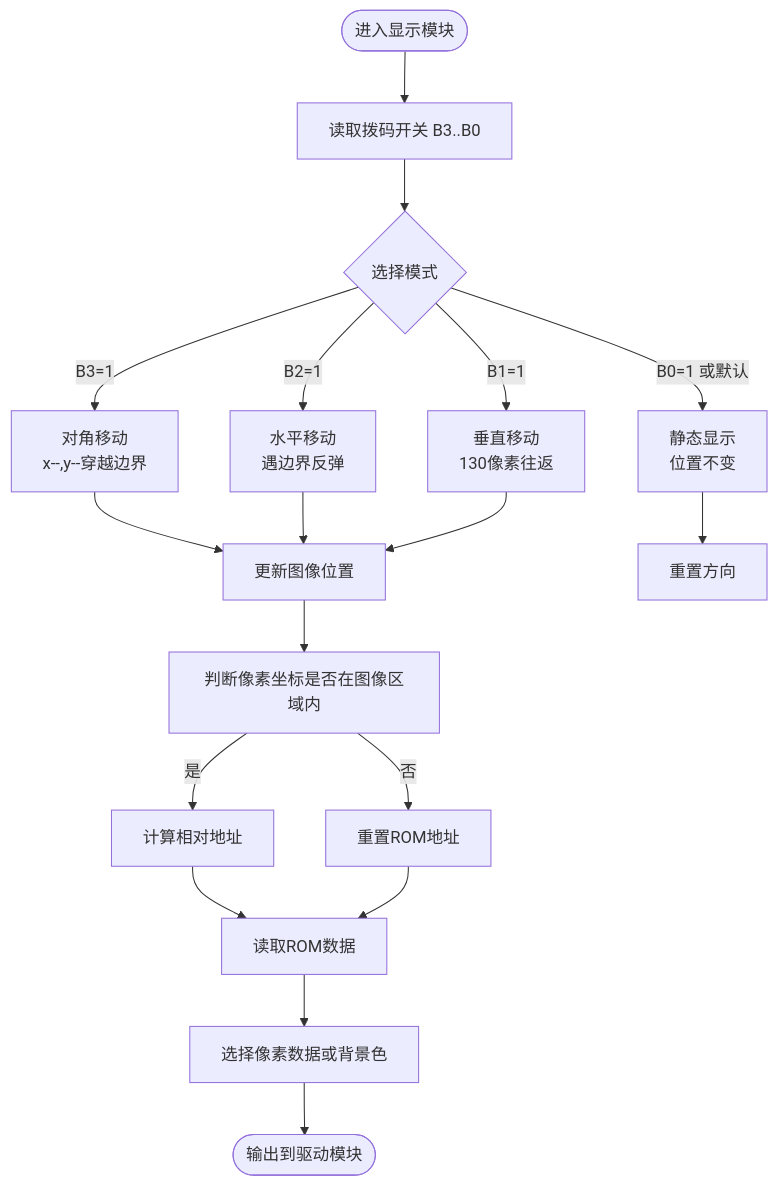
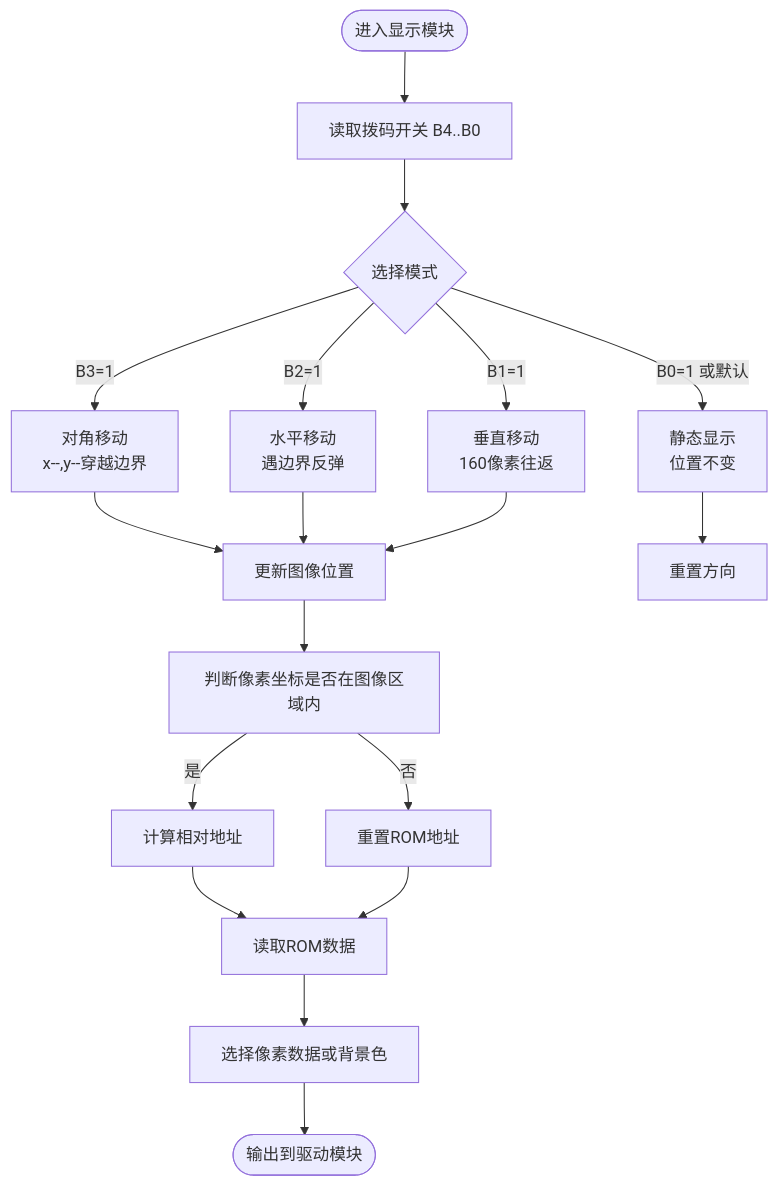
The third of 4 diagrams in .qoder/repowiki/zh/content/项目概述/项目介绍.md (soupherexd/LCD_ROM_PIC), drawn with Mermaid before and after one commit. The commit also changed other lines of this file and 3 other files, not shown here.

````diff
--- a/.qoder/repowiki/zh/content/项目概述/项目介绍.md
+++ b/.qoder/repowiki/zh/content/项目概述/项目介绍.md
@@ -180,20 +208,20 @@
 ```mermaid
 flowchart TD
-START(["进入显示模块"]) --> READ_SW["读取拨码开关 B3..B0"]
+START(["进入显示模块"]) --> READ_SW["读取拨码开关 B4..B0"]
 READ_SW --> MODE{"选择模式"}
 MODE --> |B3=1| DIAGONAL["对角移动<br/>x--,y--穿越边界"]
 MODE --> |B2=1| HORIZONTAL["水平移动<br/>遇边界反弹"]
-MODE --> |B1=1| VERTICAL["垂直移动<br/>130像素往返"]
+MODE --> |B1=1| VERTICAL["垂直移动<br/>160像素往返"]
 MODE --> |B0=1 或默认| STATIC["静态显示<br/>位置不变"]
 DIAGONAL --> UPDATE_POS["更新图像位置"]
 HORIZONTAL --> UPDATE_POS
 VERTICAL --> UPDATE_POS
 STATIC --> RESET_DIR["重置方向"]
 UPDATE_POS --> CHECK_AREA["判断像素坐标是否在图像区域内"]
 CHECK_AREA --> |否| RESET_ADDR["重置ROM地址"]
 CHECK_AREA --> |是| CALC_ADDR["计算相对地址"]
 CALC_ADDR --> READ_ROM["读取ROM数据"]
 RESET_ADDR --> READ_ROM
 READ_ROM --> SELECT_COLOR["选择像素数据或背景色"]
 SELECT_COLOR --> END(["输出到驱动模块"])
 ```
````
